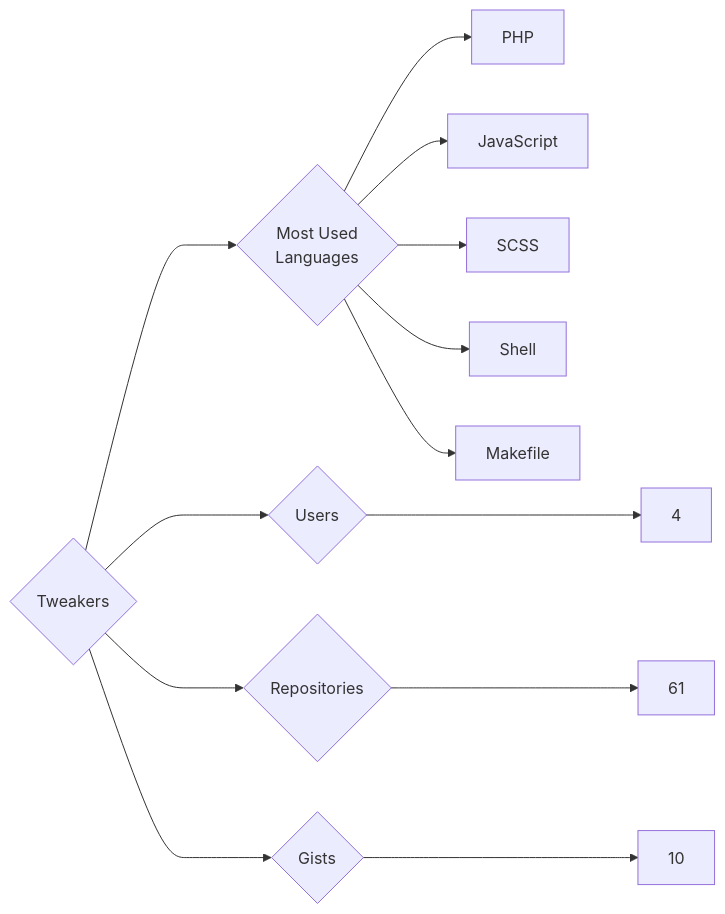
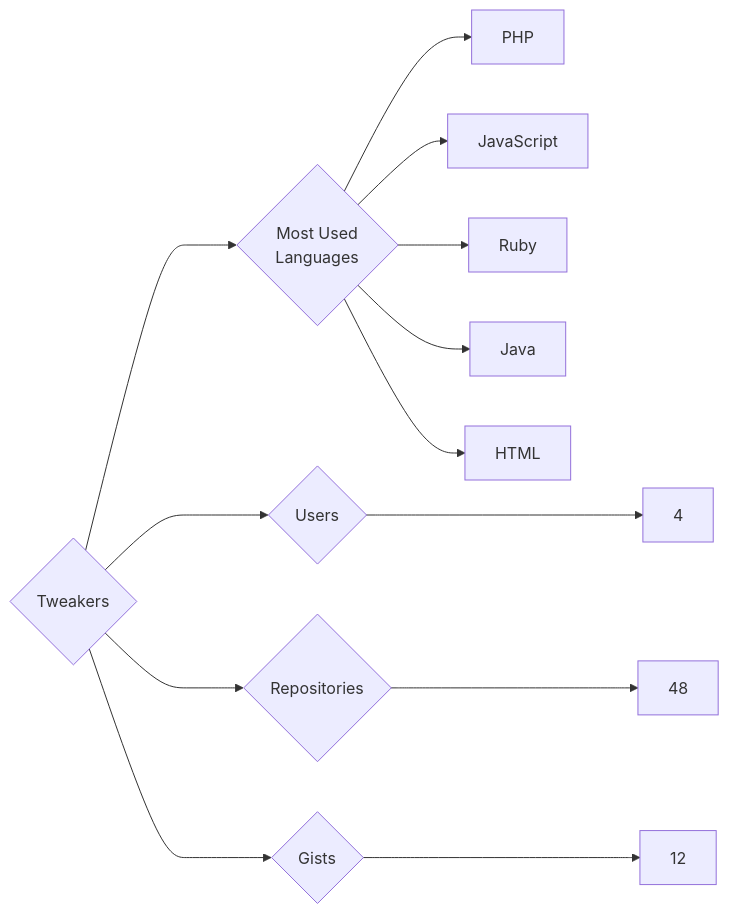
One commit to trickest/insiders changed the diagram in targets/Tweakers/README.md. Above: the diagram before and after it, drawn with Mermaid. The commit also changed 953 other files, not shown here.

````diff
--- a/targets/Tweakers/README.md
+++ b/targets/Tweakers/README.md
@@ -3,13 +3,13 @@
 ```mermaid
 graph LR
 COMPANY_NAME{Tweakers}
 COMPANY_NAME ---> U{Users} ---> UN[4]
-COMPANY_NAME ---> R{Repositories} ---> RN[61]
-COMPANY_NAME ---> G{Gists} ---> GN[10]
+COMPANY_NAME ---> R{Repositories} ---> RN[48]
+COMPANY_NAME ---> G{Gists} ---> GN[12]
 COMPANY_NAME ---> ML{Most Used<br>Languages}
 ML --> PHP[PHP]
 ML --> JavaScript[JavaScript]
-ML --> SCSS[SCSS]
-ML --> Shell[Shell]
-ML --> Makefile[Makefile]
+ML --> Ruby[Ruby]
+ML --> Java[Java]
+ML --> HTML[HTML]
 ```
````
